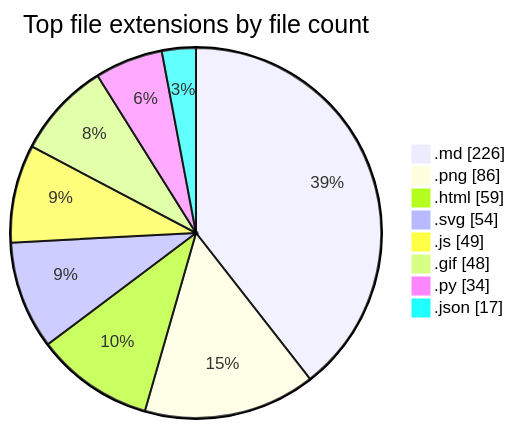
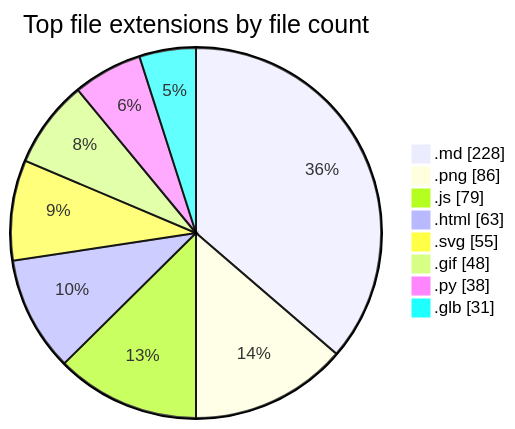
The second of 2 diagrams in README.md (tchinso/tchinso), drawn with Mermaid before and after one commit. The commit also changed other lines of this file, not shown here.

````diff
--- a/README.md
+++ b/README.md
@@ -49,12 +49,12 @@
 ```mermaid
 pie showData
     title Top file extensions by file count
-    ".md" : 226
+    ".md" : 228
     ".png" : 86
-    ".html" : 59
-    ".svg" : 54
-    ".js" : 49
+    ".js" : 79
+    ".html" : 63
+    ".svg" : 55
     ".gif" : 48
-    ".py" : 34
-    ".json" : 17
+    ".py" : 38
+    ".glb" : 31
 ```
````
